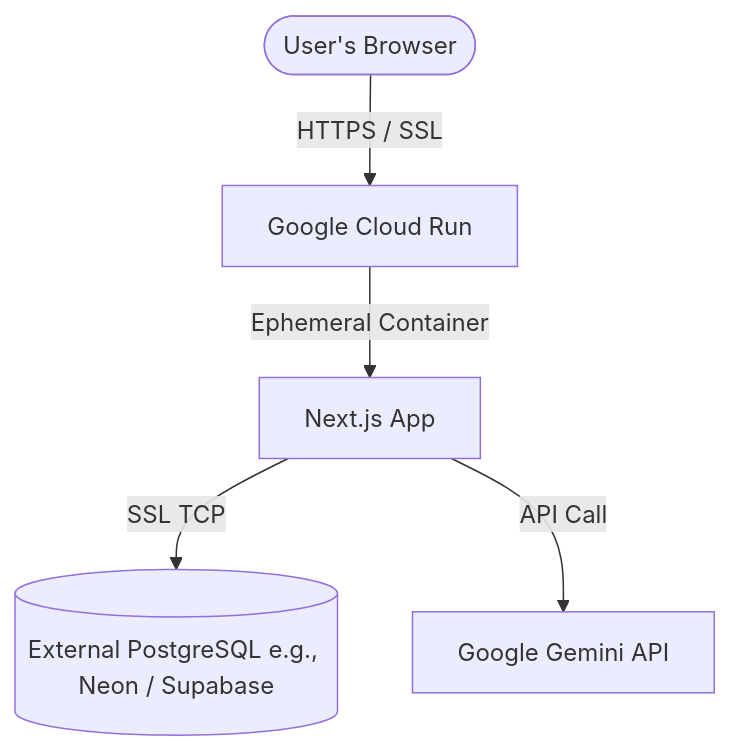
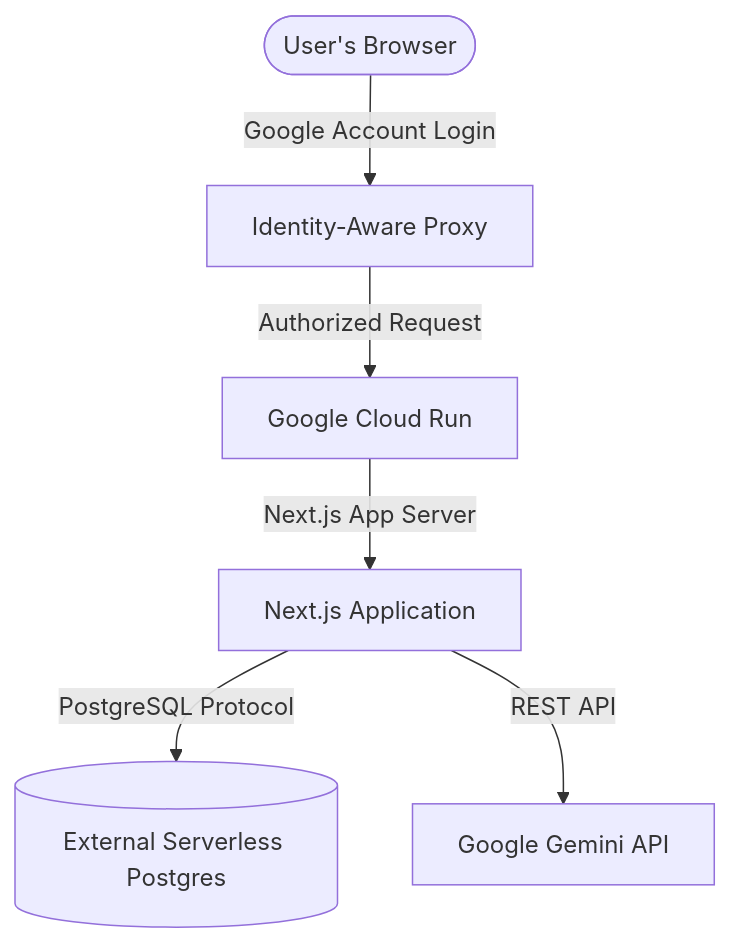
Before and after one commit to marbury0/mathstutor: the diagram in docs/gcp_deployment.md, drawn with Mermaid. The commit also changed other lines of this file and 10 other files, not shown here.

First line of the commit message:
feat: configure containerized GCP Cloud Run deployment with IAP security

````diff
--- a/docs/gcp_deployment.md
+++ b/docs/gcp_deployment.md
@@ -42,7 +11,8 @@
 ```mermaid
 graph TD
-    User([User's Browser]) -->|HTTPS / SSL| CloudRun[Google Cloud Run]
-    CloudRun -->|Ephemeral Container| NextJS[Next.js App]
-    NextJS -->|SSL TCP| Postgres[(External PostgreSQL e.g., Neon / Supabase)]
-    NextJS -->|API Call| Gemini[Google Gemini API]
+    User([User's Browser]) -->|Google Account Login| IAP[Identity-Aware Proxy]
+    IAP -->|Authorized Request| CloudRun[Google Cloud Run]
+    CloudRun -->|Next.js App Server| NextJS[Next.js Application]
+    NextJS -->|PostgreSQL Protocol| Postgres[(External Serverless Postgres)]
+    NextJS -->|REST API| Gemini[Google Gemini API]
 ```
````
